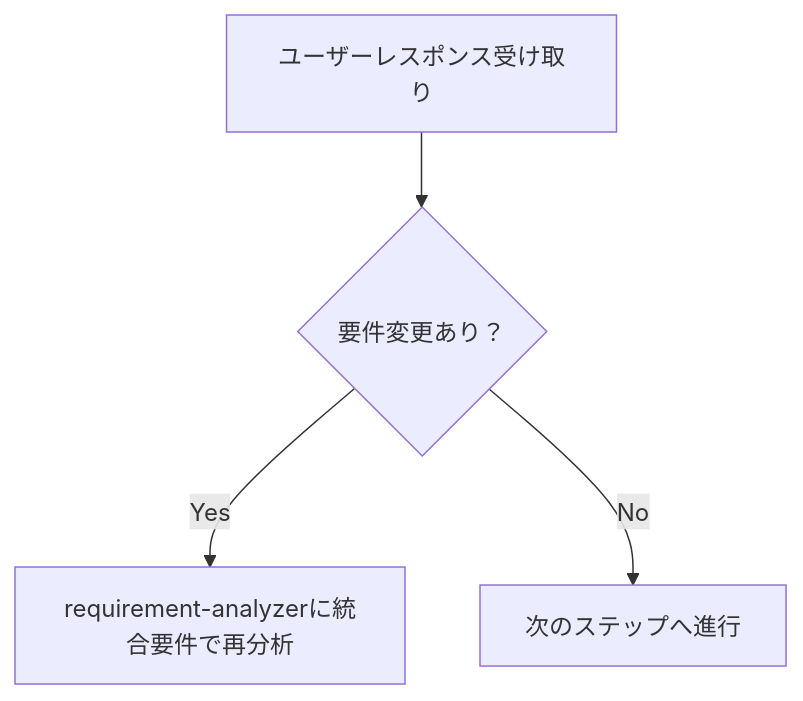
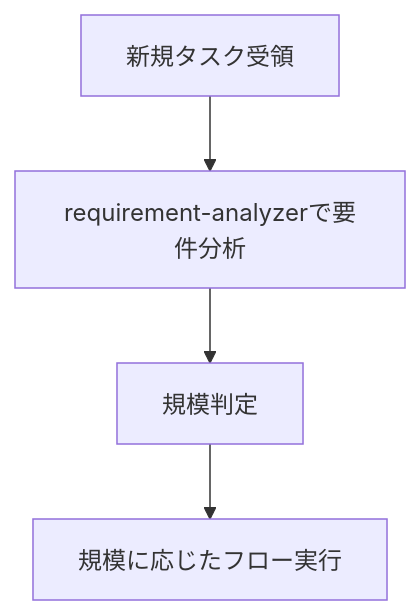
One commit to shinpr/ai-coding-project-boilerplate changed the first of 2 diagrams in docs/guides/ja/sub-agents.md. Above: the diagram before and after it, drawn with Mermaid. The commit also changed other lines of this file and 6 other files, not shown here.

````diff
--- a/docs/guides/ja/sub-agents.md
+++ b/docs/guides/ja/sub-agents.md
@@ -30,6 +25,6 @@
 ```mermaid
 graph TD
-    UserResponse[ユーザーレスポンス受け取り] --> RequirementCheck{要件変更あり？}
-    RequirementCheck -->|Yes| BackToRA[requirement-analyzerに統合要件で再分析]
-    RequirementCheck -->|No| NextStep[次のステップへ進行]
+    Start[新規タスク受領] --> RA[requirement-analyzerで要件分析]
+    RA --> Scale[規模判定]
+    Scale --> Flow[規模に応じたフロー実行]
 ```
````
